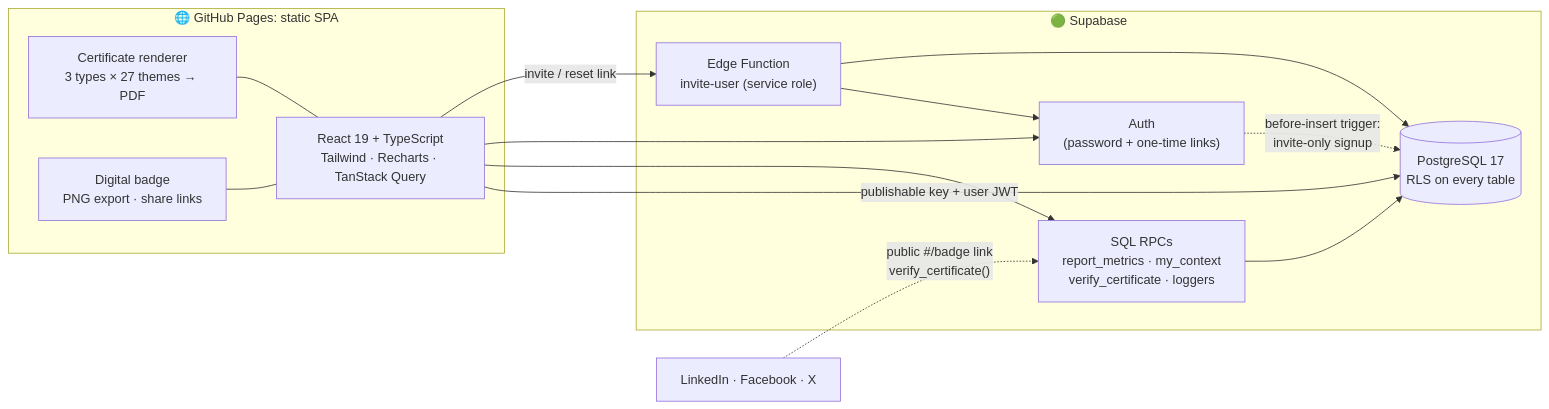
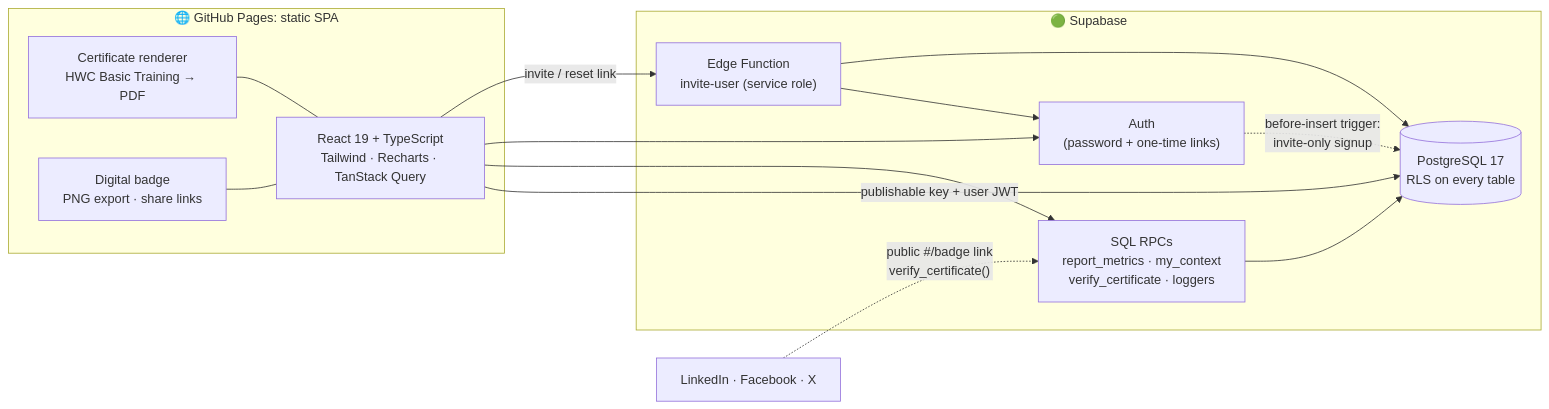
The second of 6 diagrams in README.md (paulmmoore3416/hwc-trainer-suite), drawn with Mermaid before and after one commit. The commit also changed other lines of this file and 33 other files, not shown here.

First line of the commit message:
Make the HWC Basic Training certificate and badge the only designs

````diff
--- a/README.md
+++ b/README.md
@@ -131,23 +105,23 @@
 ```mermaid
 flowchart LR
     subgraph Browser["🌐 GitHub Pages: static SPA"]
         UI["React 19 + TypeScript<br/>Tailwind · Recharts · TanStack Query"]
-        CERT["Certificate renderer<br/>3 types × 27 themes → PDF"]
+        CERT["Certificate renderer<br/>HWC Basic Training → PDF"]
         BADGE["Digital badge<br/>PNG export · share links"]
     end
     subgraph Supabase["🟢 Supabase"]
         AUTH["Auth<br/>(password + one-time links)"]
         PG[("PostgreSQL 17<br/>RLS on every table")]
         RPC["SQL RPCs<br/>report_metrics · my_context<br/>verify_certificate · loggers"]
         EDGE["Edge Function<br/>invite-user (service role)"]
     end
     UI -- "publishable key + user JWT" --> PG
     UI --> RPC --> PG
     UI --> AUTH
     UI -- "invite / reset link" --> EDGE --> AUTH
     EDGE --> PG
     AUTH -. "before-insert trigger:<br/>invite-only signup" .-> PG
     CERT --- UI
     BADGE --- UI
     LI["LinkedIn · Facebook · X"] -. "public #/badge link<br/>verify_certificate()" .-> RPC
 ```
````
